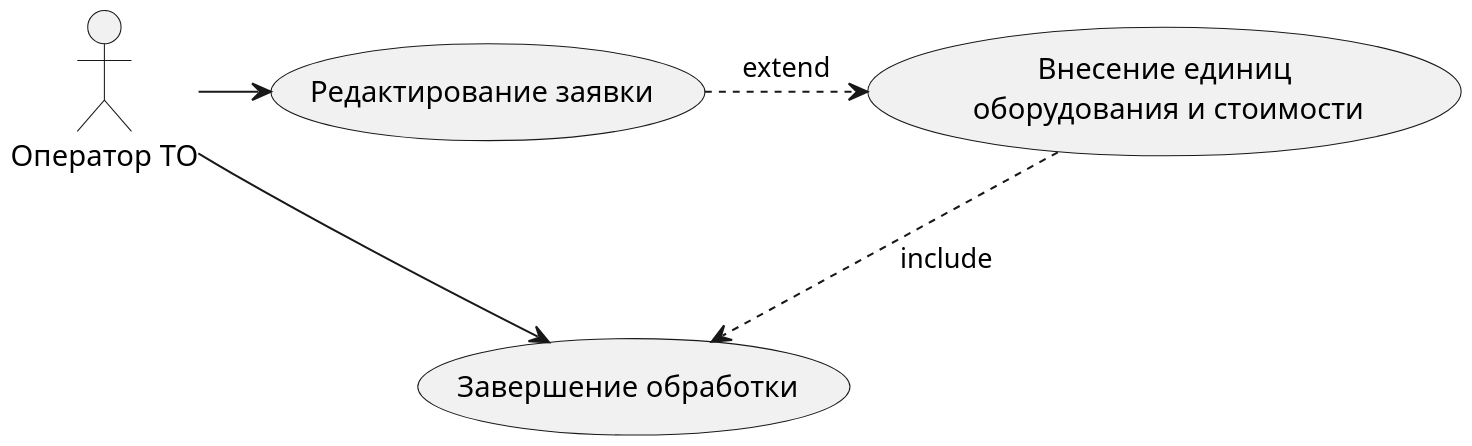
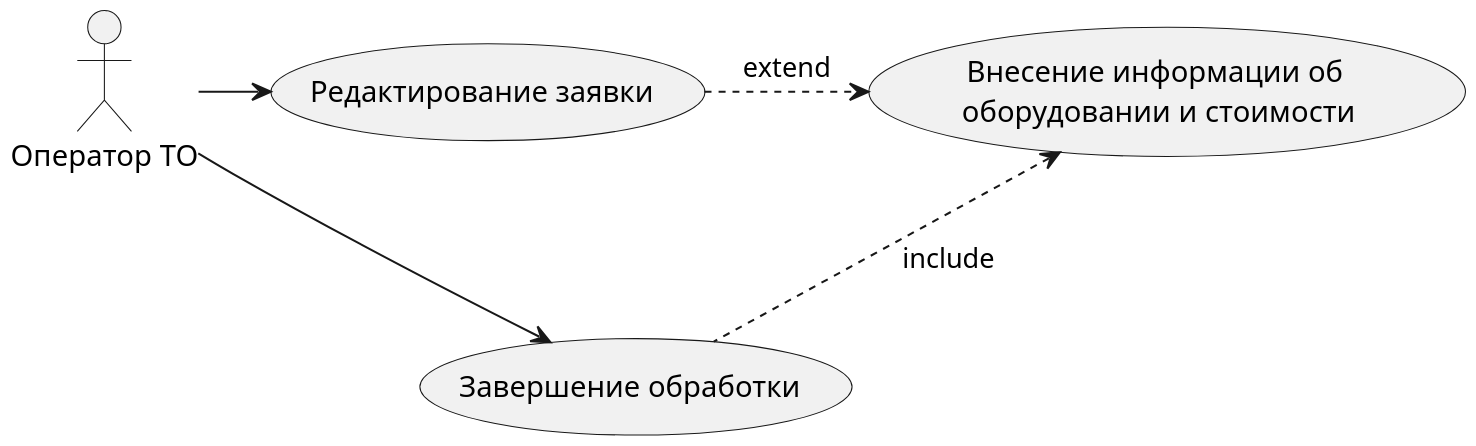
Before and after one commit to Gradergage/software-design-2018: the third of 4 diagrams in src/uml/usecase2.puml, drawn with PlantUML. The commit also changed other lines of this file and 16 other files, not shown here.

```diff
--- a/src/uml/usecase2.puml
+++ b/src/uml/usecase2.puml
@@ -45,11 +36,11 @@
 @startuml
 skinparam dpi 200
 actor "Оператор ТО" as A
-usecase uc1 as "Внесение единиц\n оборудования и стоимости"
+usecase uc1 as "Внесение информации об\n оборудовании и стоимости"
 usecase uc2 as "Редактирование заявки"
 usecase uc3 as "Завершение обработки"
 A -right-> (uc2)
 A -right-> (uc3)
 uc2 .> uc1 : extend
-uc1 .down.> uc3 : include
+uc1 <.down. uc3 : include
 @enduml
```
